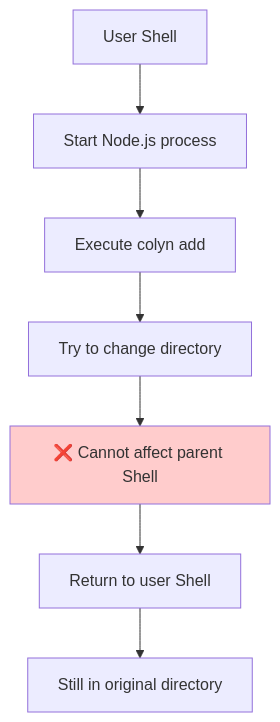
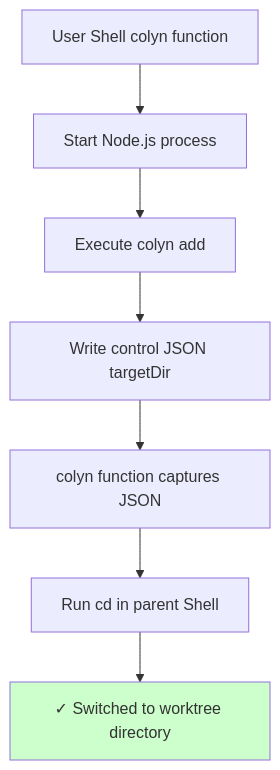
The fifth of 6 diagrams in docs/en/develop/design/commands/design-add-command.md (colin-han/colyn), drawn with Mermaid before and after one commit. The commit also changed other lines of this file and 39 other files, not shown here.

````diff
--- a/docs/en/develop/design/commands/design-add-command.md
+++ b/docs/en/develop/design/commands/design-add-command.md
@@ -556,11 +565,11 @@
 ```mermaid
 graph TD
-    User[User Shell] --> Spawn[Start Node.js process]
+    User[User Shell colyn function] --> Spawn[Start Node.js process]
     Spawn --> Execute[Execute colyn add]
-    Execute --> Try[Try to change directory]
-    Try --> Limit[❌ Cannot affect parent Shell]
-    Limit --> Return[Return to user Shell]
-    Return --> Same[Still in original directory]
+    Execute --> Output[Write control JSON targetDir]
+    Output --> Capture[colyn function captures JSON]
+    Capture --> Cd[Run cd in parent Shell]
+    Cd --> Done[✓ Switched to worktree directory]
 
-    style Limit fill:#ffcccc
+    style Done fill:#ccffcc
 ```
````
